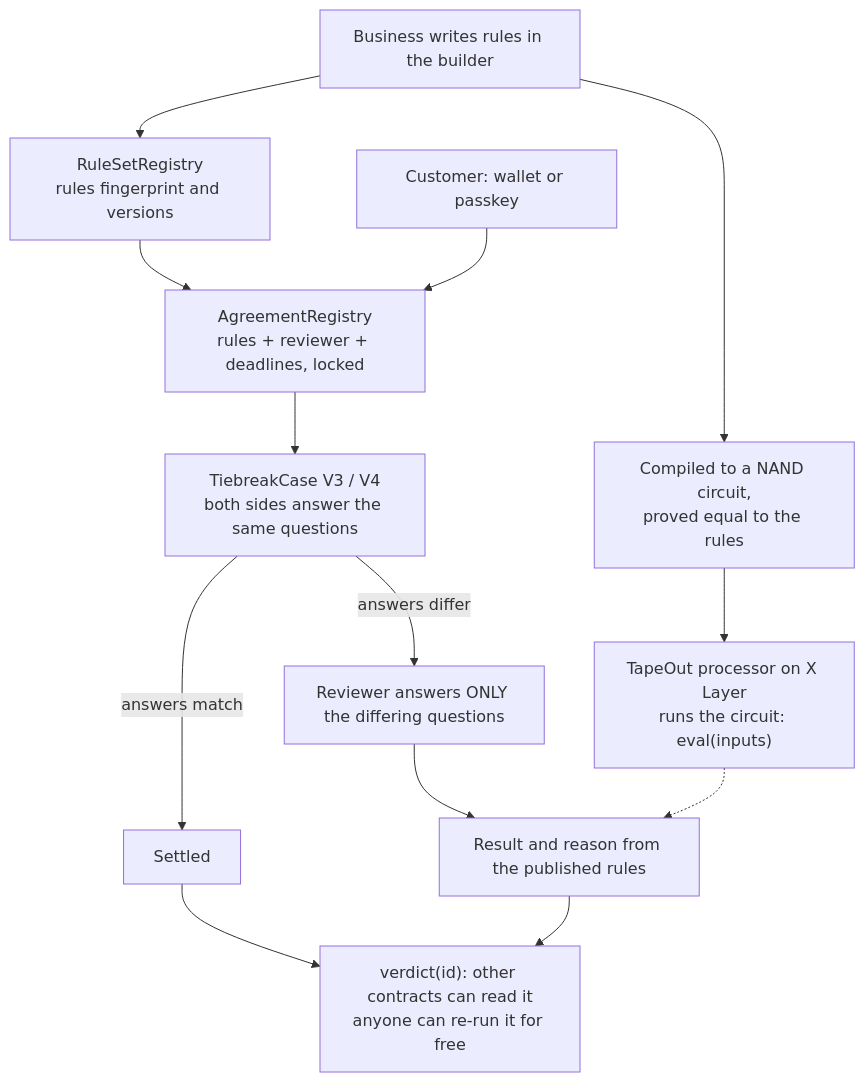
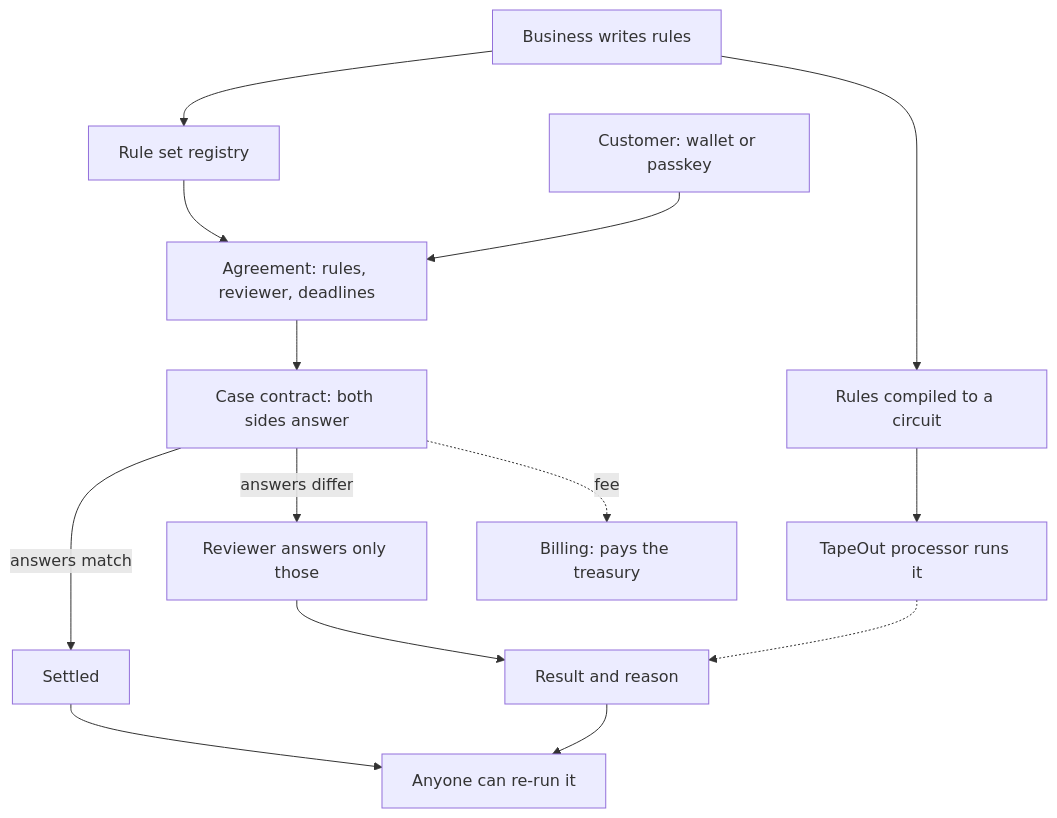
Before and after one commit to samuel025/Lgtie: the diagram in README.md, drawn with Mermaid. The commit also changed other lines of this file and 14 other files, not shown here.

First line of the commit message:
Pricing page, fee flow and deployed revenue contracts; README restructure

````diff
--- a/README.md
+++ b/README.md
@@ -39,15 +54,16 @@
 ```mermaid
 flowchart TD
-    B["Business writes rules in the builder"] --> C["Compiled to a NAND circuit,<br/>proved equal to the rules"]
-    C --> P["TapeOut processor on X Layer<br/>runs the circuit: eval(inputs)"]
-    B --> RR["RuleSetRegistry<br/>rules fingerprint and versions"]
-    RR --> AR["AgreementRegistry<br/>rules + reviewer + deadlines, locked"]
+    B["Business writes rules"] --> C["Rules compiled to a circuit"]
+    C --> P["TapeOut processor runs it"]
+    B --> RR["Rule set registry"]
+    RR --> AR["Agreement: rules, reviewer, deadlines"]
     CU["Customer: wallet or passkey"] --> AR
-    AR --> CASE["TiebreakCase V3 / V4<br/>both sides answer the same questions"]
+    AR --> CASE["Case contract: both sides answer"]
     CASE -->|answers match| S["Settled"]
-    CASE -->|answers differ| R["Reviewer answers ONLY the differing questions"]
-    R --> RES["Result and reason from the published rules"]
+    CASE -->|answers differ| R["Reviewer answers only those"]
+    R --> RES["Result and reason"]
     P -.-> RES
-    S --> V["verdict(id): other contracts can read it<br/>anyone can re-run it for free"]
+    S --> V["Anyone can re-run it"]
     RES --> V
+    CASE -.->|fee| BILL["Billing: pays the treasury"]
 ```
````
